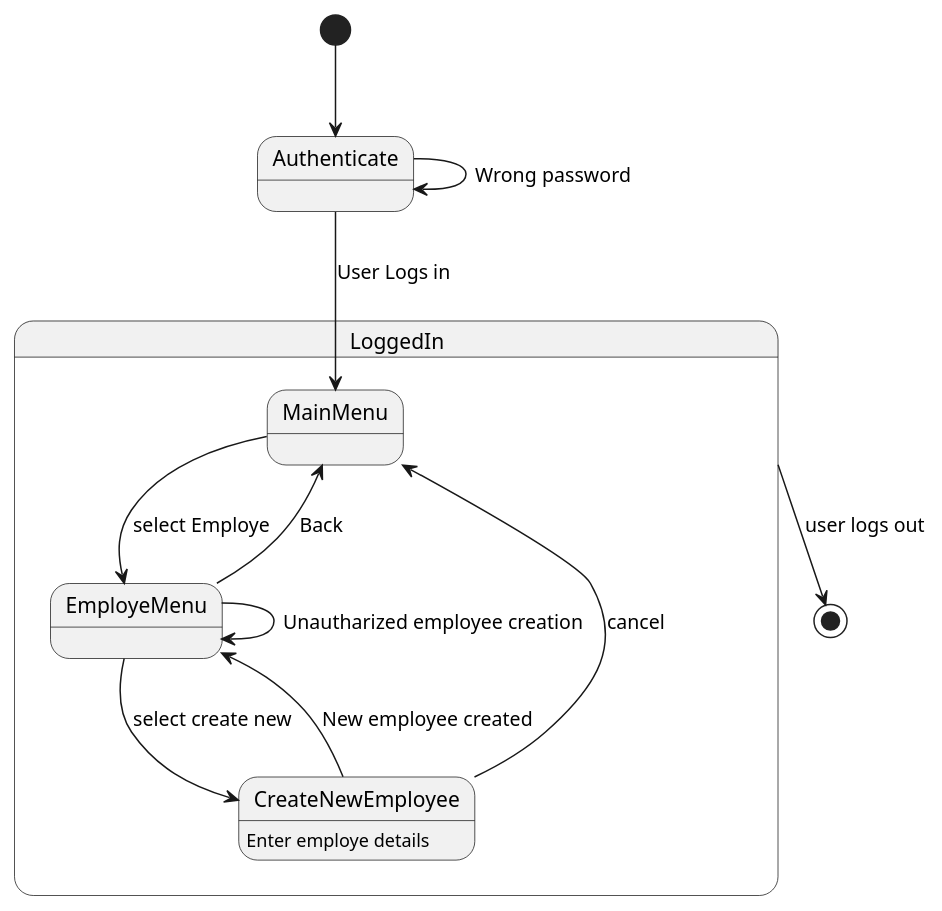
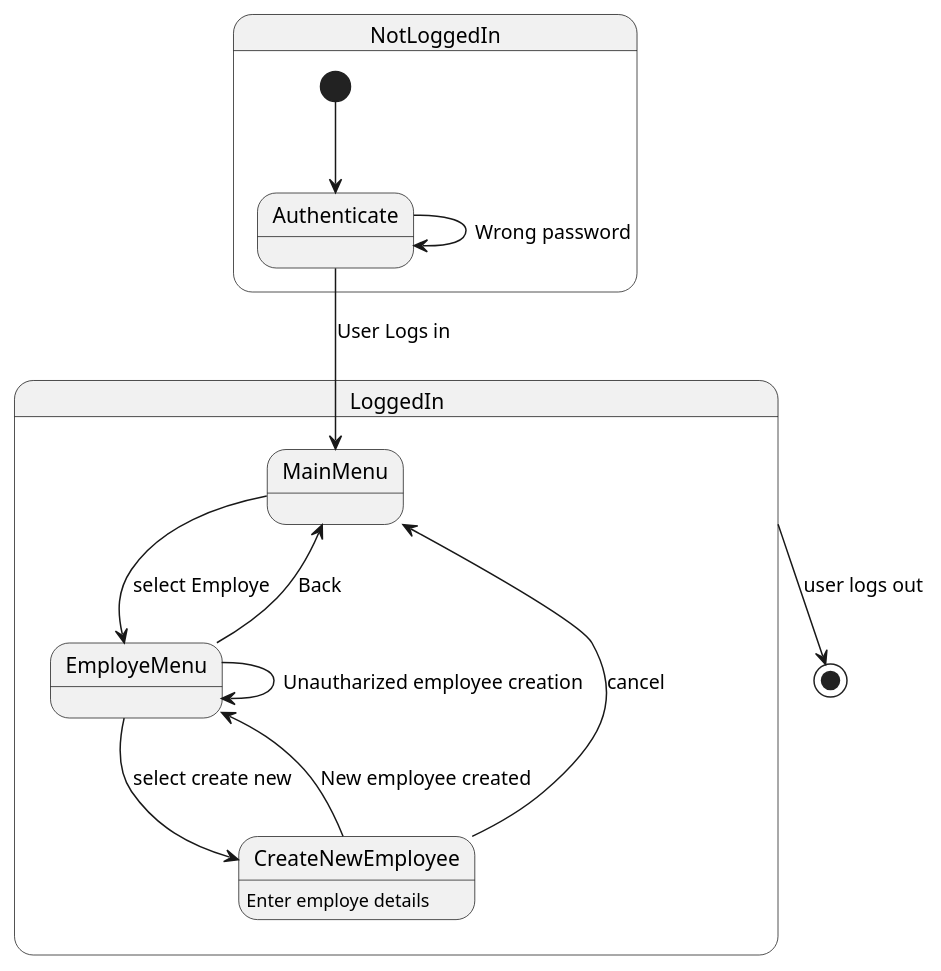
Before and after one commit to unnar19/pepsi-max: the first of 2 diagrams in design/statediagr/statediagr.puml, drawn with PlantUML. The commit also changed other lines of this file and 1 other file, not shown here.

```diff
--- a/design/statediagr/statediagr.puml
+++ b/design/statediagr/statediagr.puml
@@ -2,28 +2,37 @@
 @startuml CreateUser
 
-[*] --> Authenticate
+state NotLoggedIn{
+    
+    [*] --> Authenticate
+
+    Authenticate --> Authenticate : Wrong password
+
+}
+
+
 
 state LoggedIn{
+
+    Authenticate --> MainMenu : User Logs in
 
     MainMenu --> EmployeMenu : select Employe
 
     EmployeMenu --> CreateNewEmployee : select create new
     EmployeMenu --> EmployeMenu : Unautharized employee creation
     EmployeMenu --> MainMenu : Back
 
     CreateNewEmployee --> EmployeMenu : New employee created
     CreateNewEmployee --> MainMenu : cancel
 
     CreateNewEmployee : Enter employe details
 
 }
 
-Authenticate --> Authenticate : Wrong password
 
-
-Authenticate --> MainMenu : User Logs in
-
+    
 LoggedIn --> [*] : user logs out
 
 
+
+
 @enduml
```
